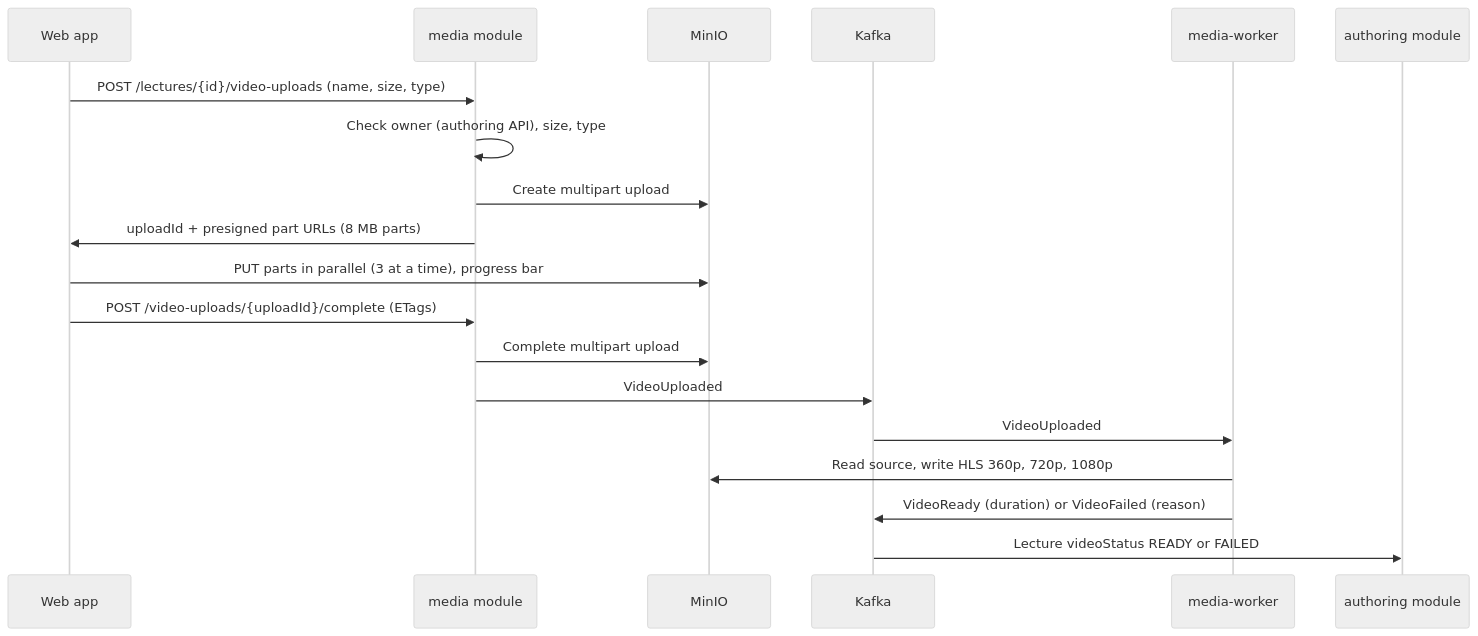
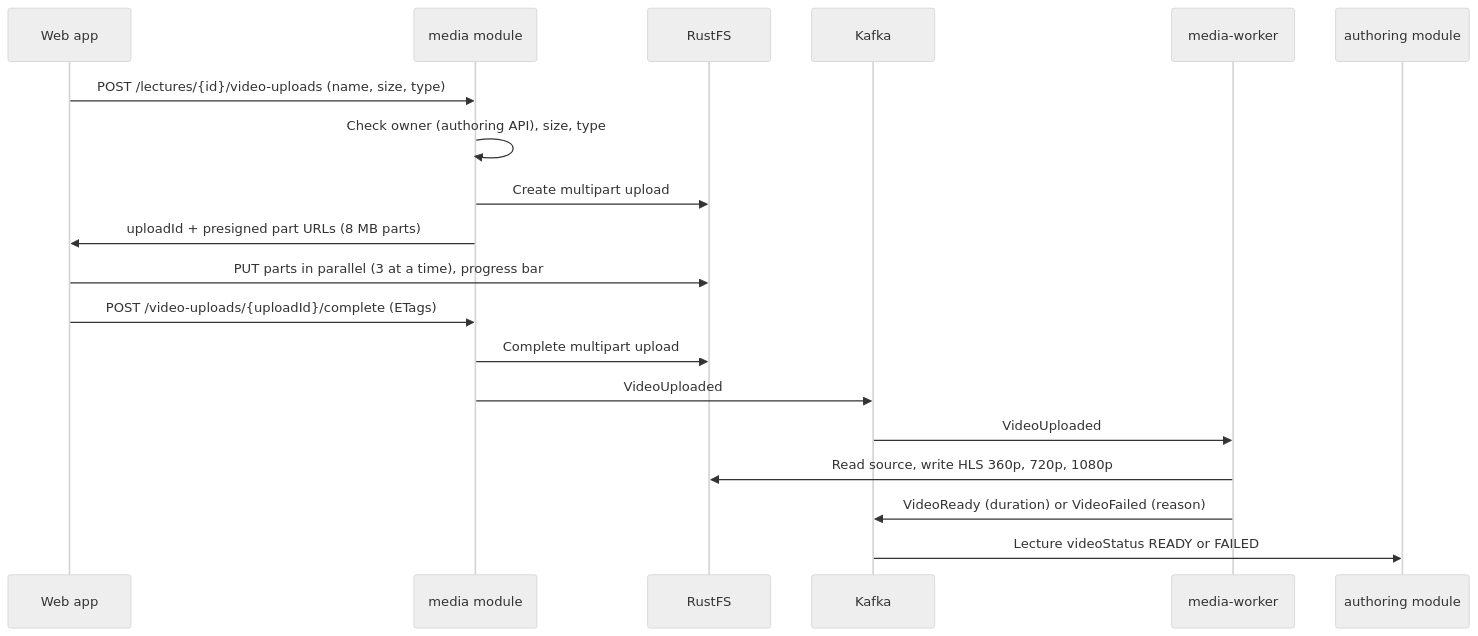
The first of 2 diagrams in spec/SPEC-media.md (duynvh/udemy-platform), drawn with Mermaid (neutral theme) before and after one commit. The commit also changed other lines of this file and 13 other files, not shown here.

First line of the commit message:
T06: Podman Compose data stores; replace MinIO with RustFS

````diff
--- a/spec/SPEC-media.md
+++ b/spec/SPEC-media.md
@@ -30,21 +30,21 @@
 ```mermaid
 sequenceDiagram
     participant W as Web app
     participant M as media module
-    participant S as MinIO
+    participant S as RustFS
     participant K as Kafka
     participant X as media-worker
     participant A as authoring module
     W->>M: POST /lectures/{id}/video-uploads (name, size, type)
     M->>M: Check owner (authoring API), size, type
     M->>S: Create multipart upload
     M->>W: uploadId + presigned part URLs (8 MB parts)
     W->>S: PUT parts in parallel (3 at a time), progress bar
     W->>M: POST /video-uploads/{uploadId}/complete (ETags)
     M->>S: Complete multipart upload
     M->>K: VideoUploaded
     K->>X: VideoUploaded
     X->>S: Read source, write HLS 360p, 720p, 1080p
     X->>K: VideoReady (duration) or VideoFailed (reason)
     K->>A: Lecture videoStatus READY or FAILED
 ```
````
